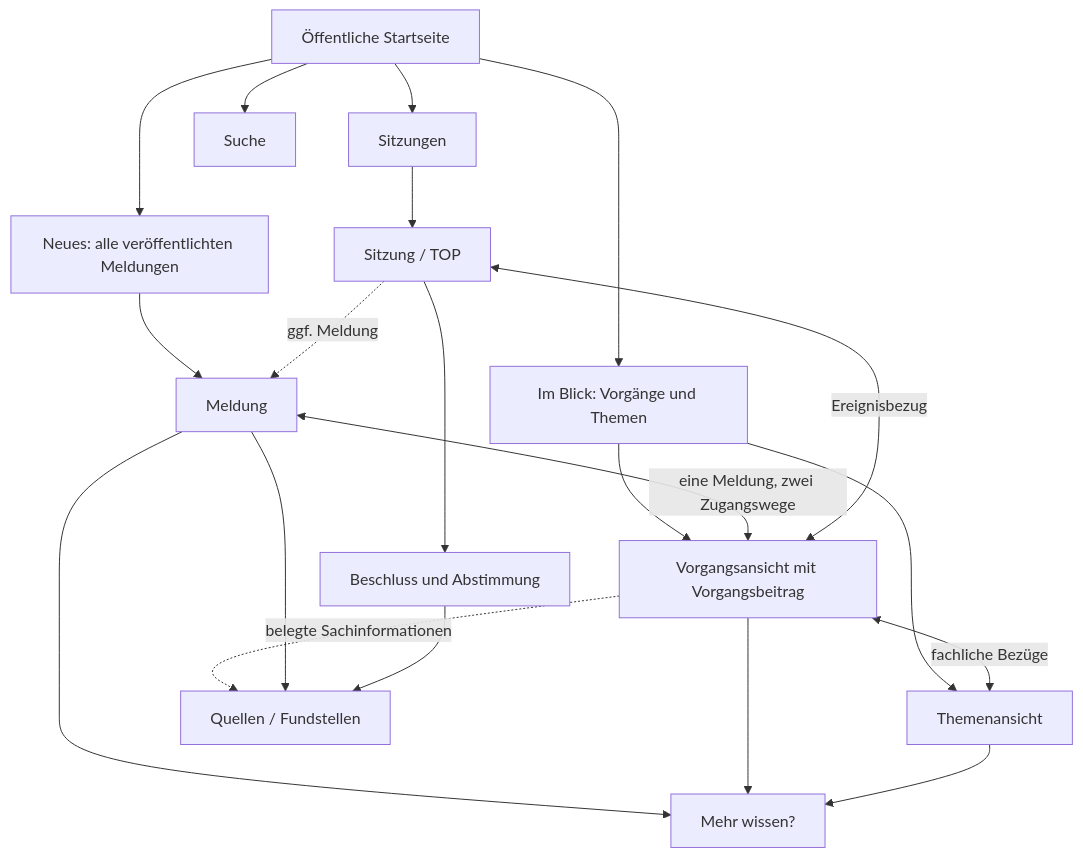
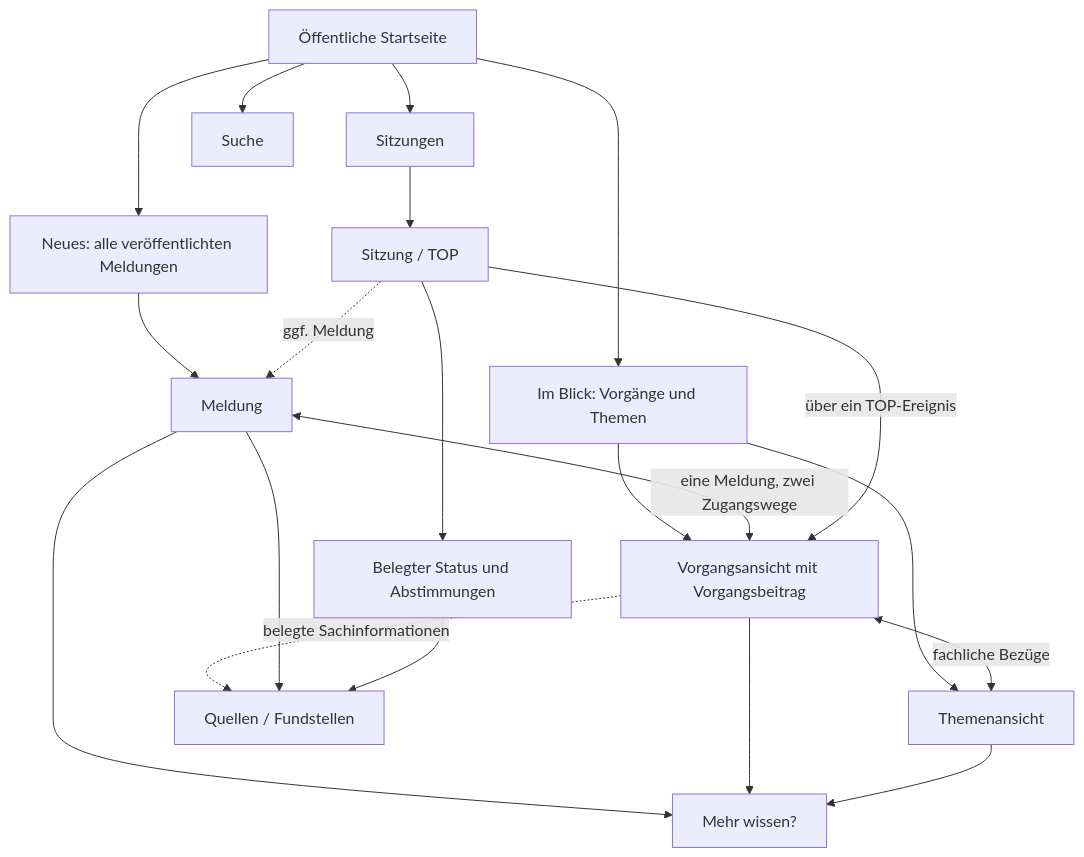
Before and after one commit to PustefixReisen/fib-echtsystem: the diagram in docs/fachhandbuch/09-Oeffentliches-FIB-Angebot-Entwurf-2026-10-26.md, drawn with Mermaid. The commit also changed other lines of this file and 33 other files, not shown here.

````diff
--- a/docs/fachhandbuch/09-Oeffentliches-FIB-Angebot-Entwurf-2026-10-26.md
+++ b/docs/fachhandbuch/09-Oeffentliches-FIB-Angebot-Entwurf-2026-10-26.md
@@ -23,22 +25,22 @@
 ```mermaid
 flowchart TD
   START["Öffentliche Startseite"] --> NEU["Neues: alle veröffentlichten Meldungen"]
   START --> BLICK["Im Blick: Vorgänge und Themen"]
   START --> SITZ["Sitzungen"]
   START --> SUCHE["Suche"]
   NEU --> M["Meldung"]
   BLICK --> V["Vorgangsansicht mit Vorgangsbeitrag"]
   BLICK --> T["Themenansicht"]
   M <-->|"eine Meldung, zwei Zugangswege"| V
   V <-->|"fachliche Bezüge"| T
   SITZ --> TOP["Sitzung / TOP"]
-  TOP --> BES["Beschluss und Abstimmung"]
-  TOP <-->|"Ereignisbezug"| V
+  TOP --> BES["Belegter Status und Abstimmungen"]
+  TOP -->|"über ein TOP-Ereignis"| V
   TOP -.->|"ggf. Meldung"| M
   M --> MEHR["Mehr wissen?"]
   V --> MEHR
   T --> MEHR
   V -.->|"belegte Sachinformationen"| QUELLE["Quellen / Fundstellen"]
   M --> QUELLE
   BES --> QUELLE
 ```
````
